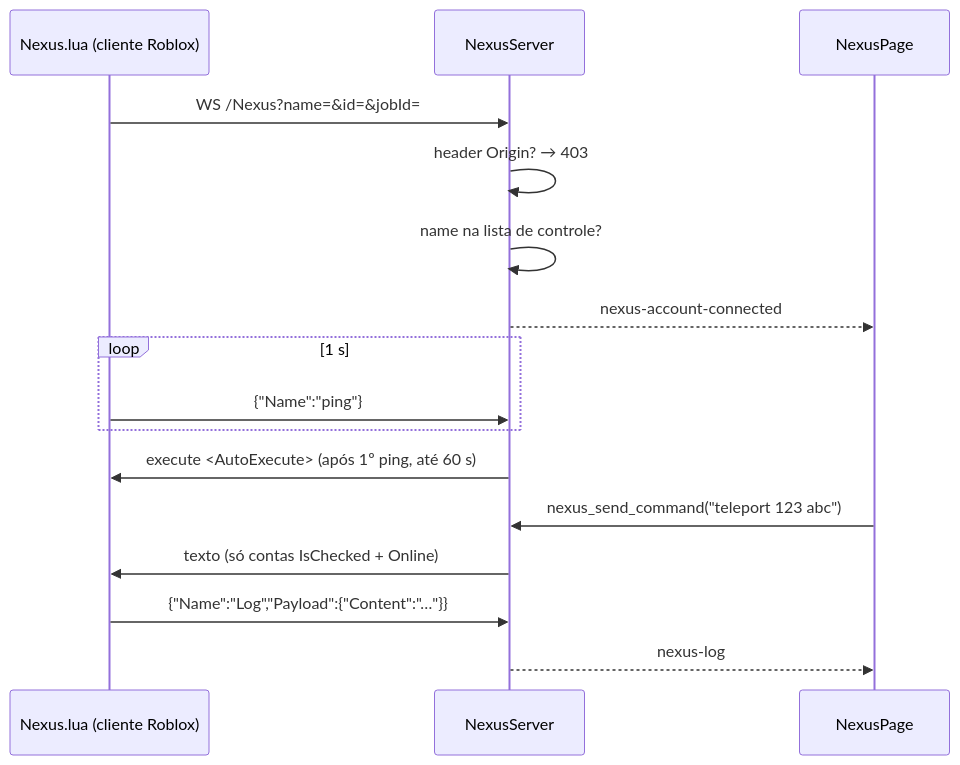
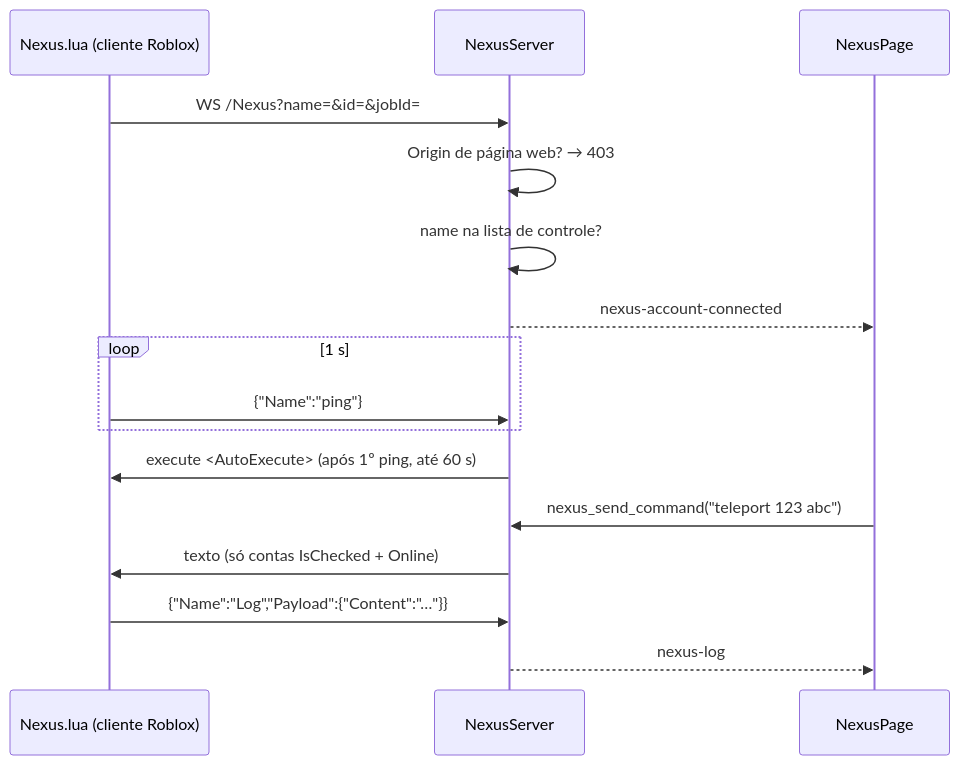
The diagram in docs/features/nexus.md (luanmacea/MultiAlt), drawn with Mermaid before and after one commit. The commit also changed other lines of this file and 1 other file, not shown here.

Commit message:
Nexus: only refuse web-page origins, so executors that send an Origin header (Potassium) can connect (#25)

````diff
--- a/docs/features/nexus.md
+++ b/docs/features/nexus.md
@@ -32,18 +32,18 @@
 ```mermaid
 sequenceDiagram
     participant Lua as Nexus.lua (cliente Roblox)
     participant WS as NexusServer
     participant UI as NexusPage
     Lua->>WS: WS /Nexus?name=&id=&jobId=
-    WS->>WS: header Origin? → 403
+    WS->>WS: Origin de página web? → 403
     WS->>WS: name na lista de controle?
     WS-->>UI: nexus-account-connected
     loop 1 s
         Lua->>WS: {"Name":"ping"}
     end
     WS->>Lua: execute <AutoExecute> (após 1º ping, até 60 s)
     UI->>WS: nexus_send_command("teleport 123 abc")
     WS->>Lua: texto (só contas IsChecked + Online)
     Lua->>WS: {"Name":"Log","Payload":{"Content":"…"}}
     WS-->>UI: nexus-log
 ```
````
